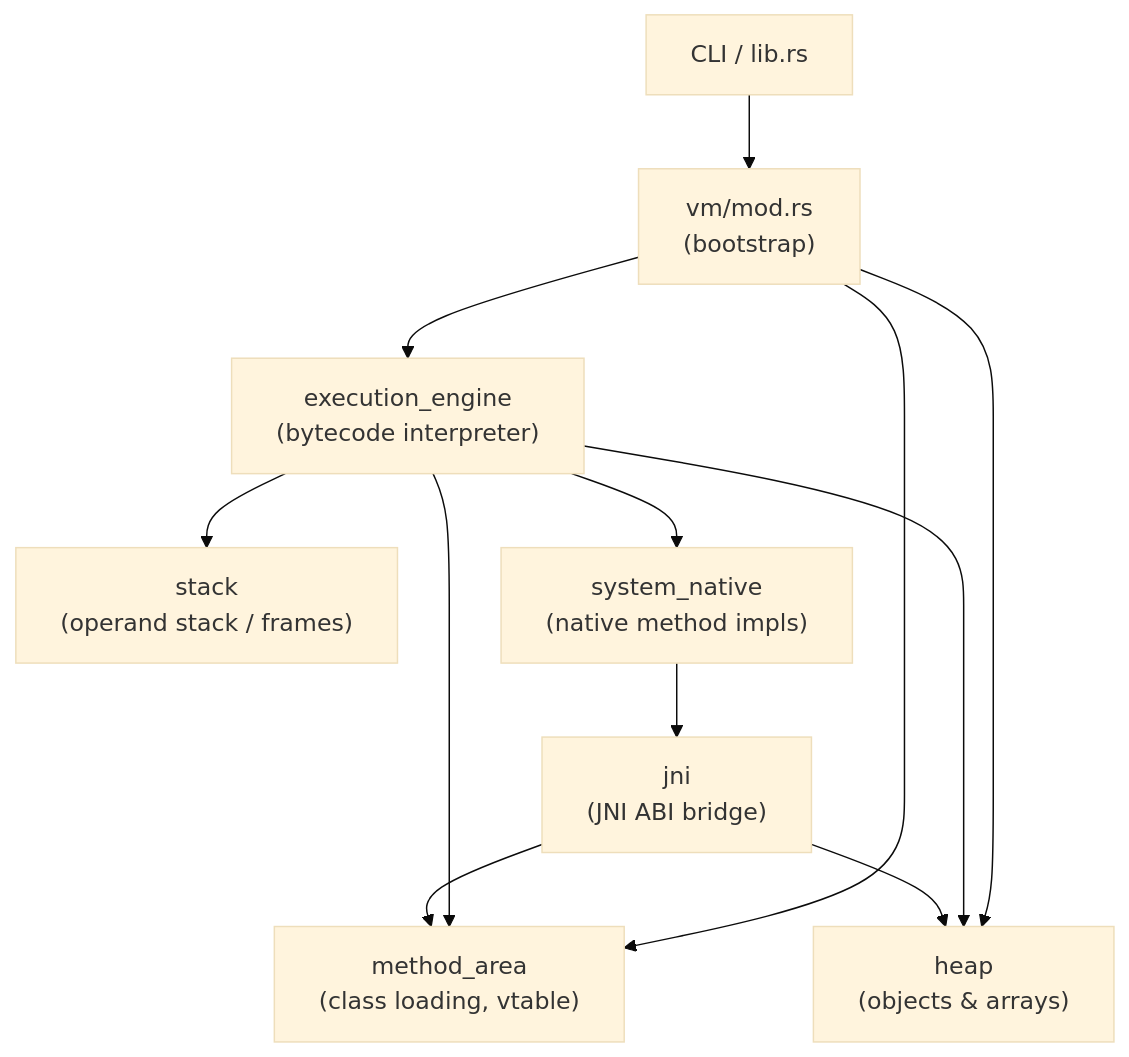
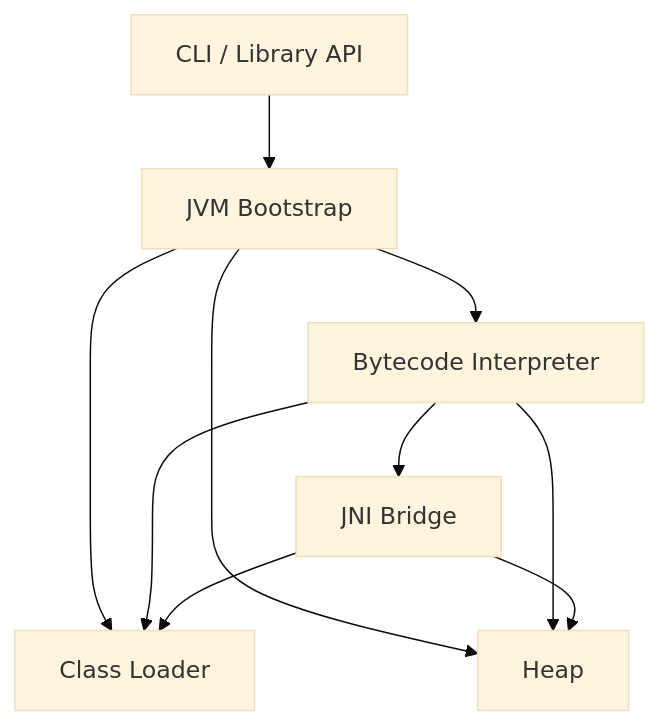
The first of 2 diagrams in README.md (hextriclosan/rusty-jvm), drawn with Mermaid (base theme) before and after one commit. The commit also changed other lines of this file and 4 other files, not shown here.

````diff
--- a/README.md
+++ b/README.md
@@ -44,17 +46,14 @@
 ```mermaid
 graph TD
-    CLI["CLI / lib.rs"]
-    VM["vm/mod.rs<br/>(bootstrap)"]
-    MA["method_area<br/>(class loading, vtable)"]
-    HEAP["heap<br/>(objects & arrays)"]
-    EE["execution_engine<br/>(bytecode interpreter)"]
-    STACK["stack<br/>(operand stack / frames)"]
-    JNI["jni<br/>(JNI ABI bridge)"]
-    SN["system_native<br/>(native method impls)"]
+    CLI["CLI / Library API"]
+    VM["JVM Bootstrap"]
+    CL["Class Loader"]
+    HEAP["Heap"]
+    INTERP["Bytecode Interpreter"]
+    JNI["JNI Bridge"]
 
     CLI --> VM
-    VM --> MA & HEAP & EE
-    EE --> MA & HEAP & STACK & SN
-    SN --> JNI
-    JNI --> HEAP & MA
+    VM --> CL & HEAP & INTERP
+    INTERP --> CL & HEAP & JNI
+    JNI --> CL & HEAP
 ```
````
